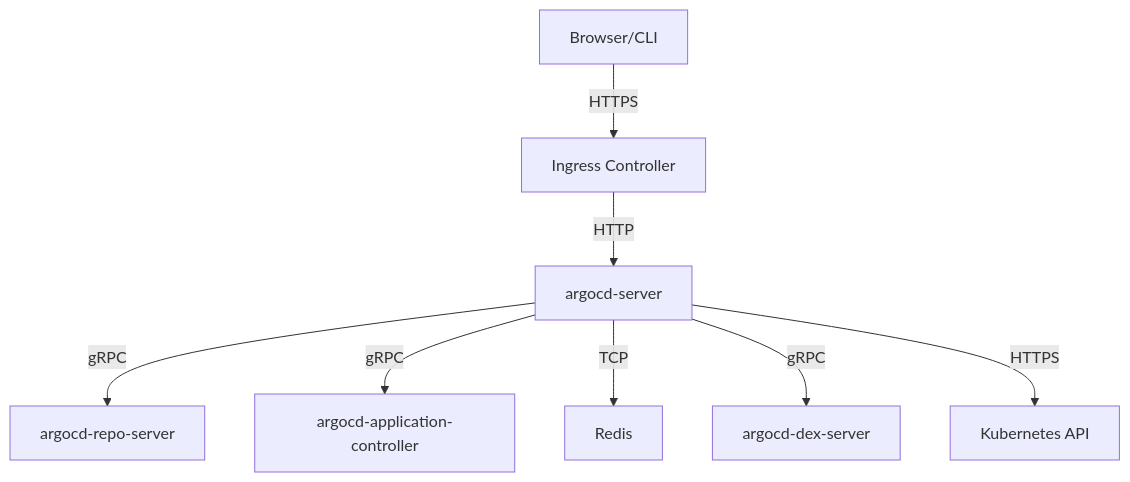
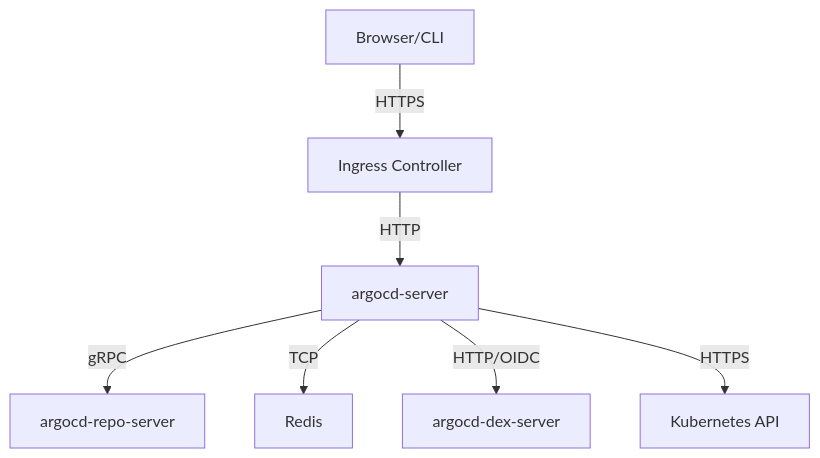
The diagram in posts/2026-02-26-argocd-server-command-line-options/README.md (OneUptime/blog), drawn with Mermaid before and after one commit. The commit also changed other lines of this file and 2 other files, not shown here.

Commit message:
validate: 2026-02-26-argocd-server-command-line-options

````diff
--- a/posts/2026-02-26-argocd-server-command-line-options/README.md
+++ b/posts/2026-02-26-argocd-server-command-line-options/README.md
@@ -301,10 +305,9 @@
 ```mermaid
 flowchart TD
     Client[Browser/CLI] -->|HTTPS| Ingress[Ingress Controller]
     Ingress -->|HTTP| Server[argocd-server]
     Server -->|gRPC| RepoServer[argocd-repo-server]
-    Server -->|gRPC| Controller[argocd-application-controller]
     Server -->|TCP| Redis[Redis]
-    Server -->|gRPC| Dex[argocd-dex-server]
+    Server -->|HTTP/OIDC| Dex[argocd-dex-server]
     Server -->|HTTPS| K8sAPI[Kubernetes API]
 ```
````
